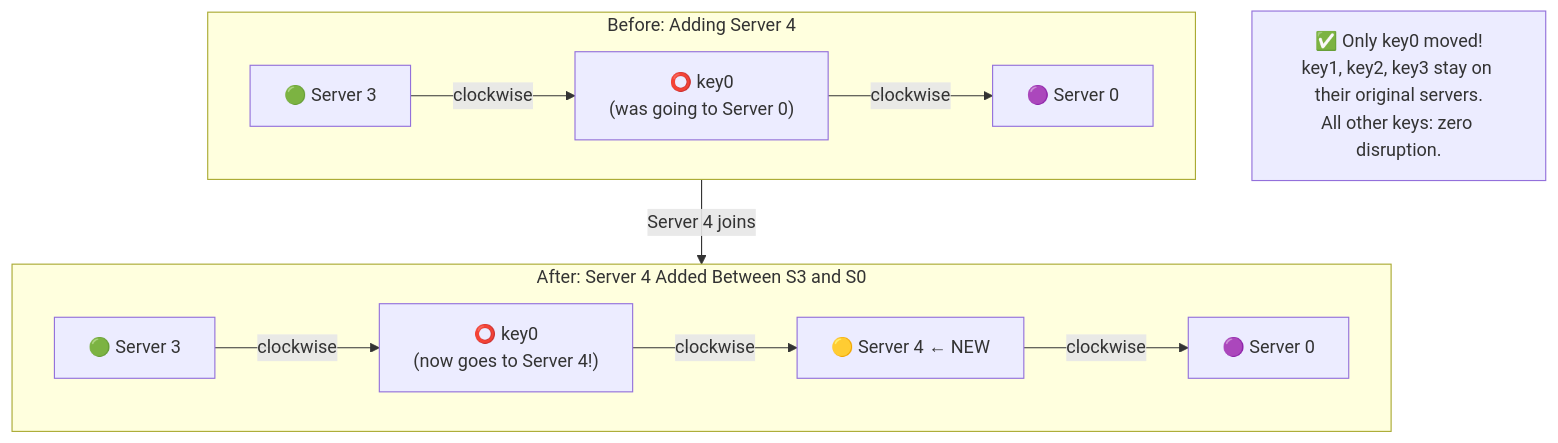
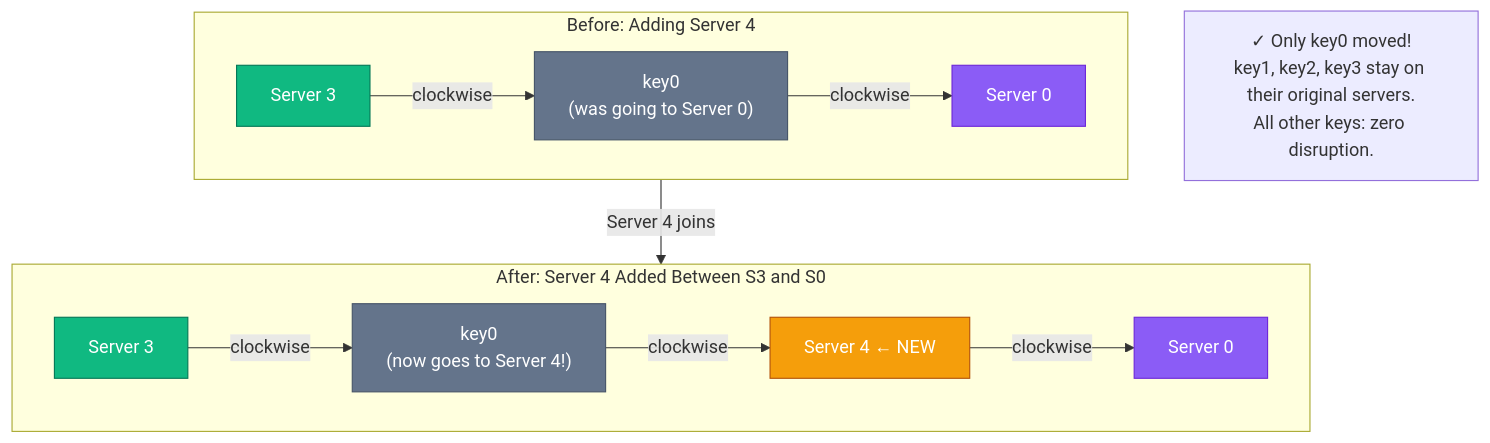
One commit to devops-monk/system-design-blog changed the seventh of 23 diagrams in content/posts/2026/design-consistent-hashing.md. Above: the diagram before and after it, drawn with Mermaid. The commit also changed other lines of this file and 5 other files, not shown here.

````diff
--- a/content/posts/2026/design-consistent-hashing.md
+++ b/content/posts/2026/design-consistent-hashing.md
@@ -251,23 +262,30 @@
 ```mermaid
 flowchart TD
     subgraph BEFORE["Before: Adding Server 4"]
         direction LR
-        bS3["🟢 Server 3"]
-        bS0["🟣 Server 0"]
-        bK0["⭕ key0\n(was going to Server 0)"]
+        bS3["Server 3"]
+        bS0["Server 0"]
+        bK0["key0\n(was going to Server 0)"]
         bS3 -->|clockwise| bK0 -->|clockwise| bS0
     end
 
     subgraph AFTER["After: Server 4 Added Between S3 and S0"]
         direction LR
-        aS3["🟢 Server 3"]
-        aS4["🟡 Server 4 ← NEW"]
-        aS0["🟣 Server 0"]
-        aK0["⭕ key0\n(now goes to Server 4!)"]
+        aS3["Server 3"]
+        aS4["Server 4 ← NEW"]
+        aS0["Server 0"]
+        aK0["key0\n(now goes to Server 4!)"]
         aS3 -->|clockwise| aK0 -->|clockwise| aS4 -->|clockwise| aS0
     end
 
     BEFORE -->|"Server 4 joins"| AFTER
 
-    RESULT["✅ Only key0 moved!\nkey1, key2, key3 stay on their original servers.\nAll other keys: zero disruption."]
+    RESULT["✓ Only key0 moved!\nkey1, key2, key3 stay on their original servers.\nAll other keys: zero disruption."]
+    style bS0 fill:#8B5CF6,stroke:#6D28D9,color:#fff
+    style aS0 fill:#8B5CF6,stroke:#6D28D9,color:#fff
+    style bS3 fill:#10B981,stroke:#047857,color:#fff
+    style aS3 fill:#10B981,stroke:#047857,color:#fff
+    style aS4 fill:#F59E0B,stroke:#B45309,color:#fff
+    style bK0 fill:#64748B,stroke:#475569,color:#fff
+    style aK0 fill:#64748B,stroke:#475569,color:#fff
 ```
````
